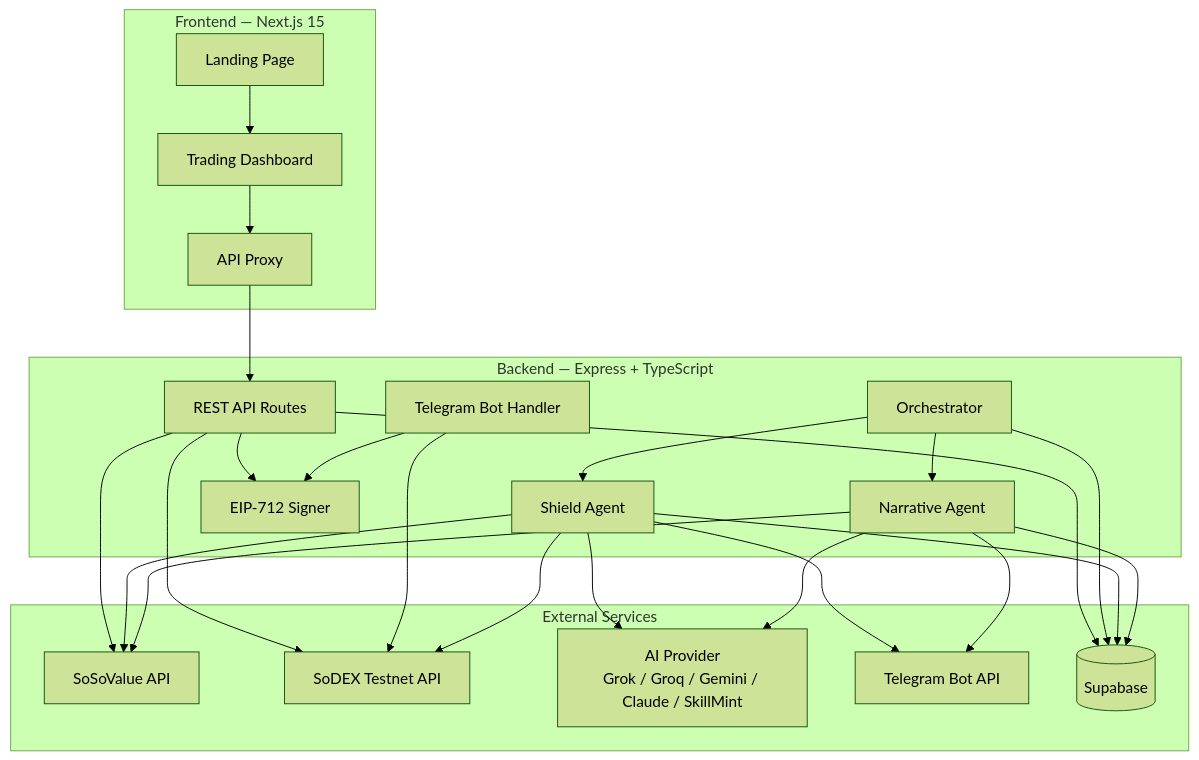
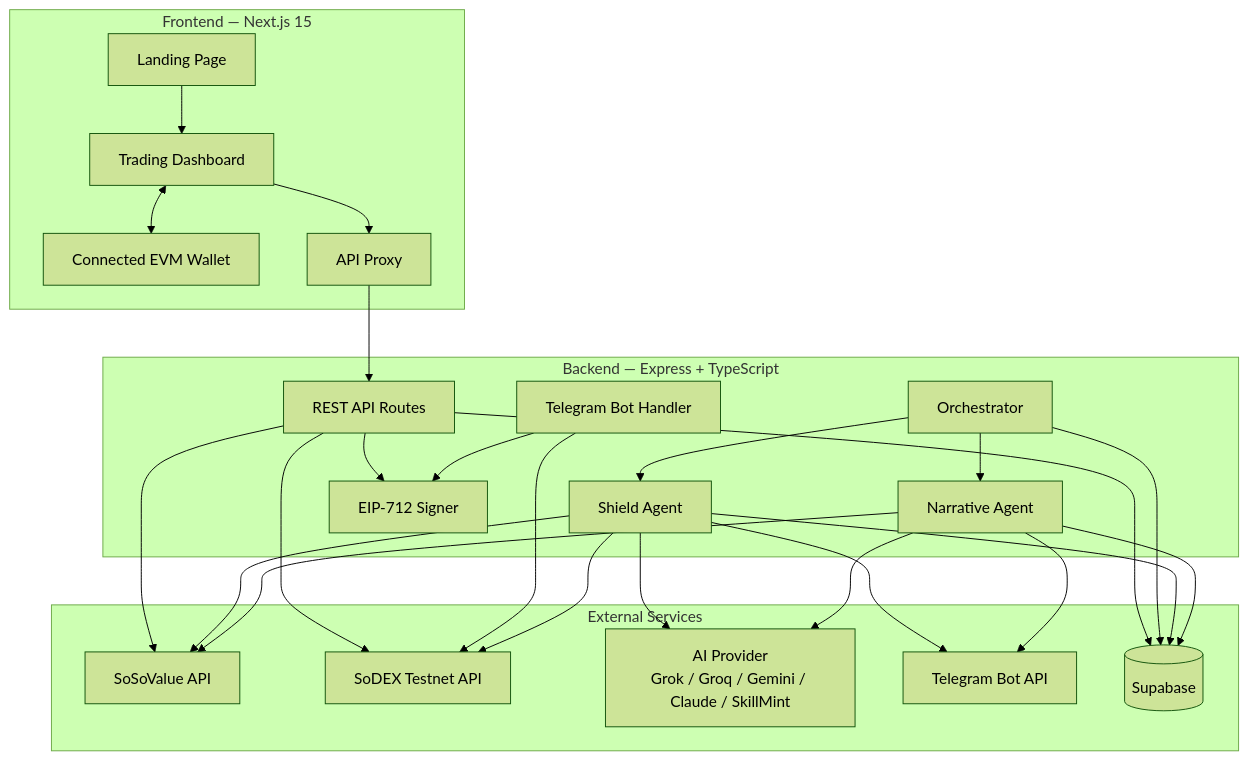
Before and after one commit to Anu062004/Herewesoso: the second of 2 diagrams in README.md, drawn with Mermaid (forest theme). The commit also changed other lines of this file and 16 other files, not shown here.

````diff
--- a/README.md
+++ b/README.md
@@ -116,47 +116,49 @@
 ```mermaid
 flowchart TB
   subgraph External["External Services"]
     SV[SoSoValue API]
     SD[SoDEX Testnet API]
     AI[AI Provider<br/>Grok / Groq / Gemini / Claude / SkillMint]
     TG[Telegram Bot API]
     SB[(Supabase)]
   end
 
   subgraph Backend["Backend — Express + TypeScript"]
     ORCH[Orchestrator]
     NA[Narrative Agent]
     SA[Shield Agent]
     API[REST API Routes]
     TB[Telegram Bot Handler]
     SIGN[EIP-712 Signer]
   end
 
   subgraph Frontend["Frontend — Next.js 15"]
     LAND[Landing Page]
     DASH[Trading Dashboard]
+    WALLET[Connected EVM Wallet]
     PROXY[API Proxy]
   end
 
   ORCH --> NA
   ORCH --> SA
   NA --> SV
   NA --> AI
   SA --> SD
   SA --> SV
   SA --> AI
   NA --> SB
   SA --> SB
   NA --> TG
   SA --> TG
   ORCH --> SB
   TB --> SD
   TB --> SIGN
   API --> SB
   API --> SD
   API --> SV
   API --> SIGN
   LAND --> DASH
+  DASH <--> WALLET
   DASH --> PROXY
   PROXY --> API
 ```
````
